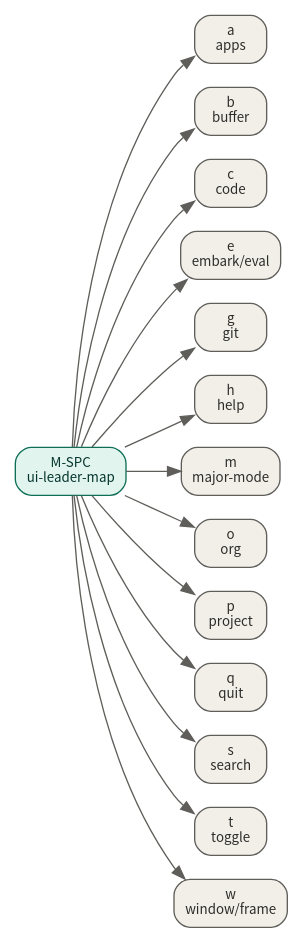
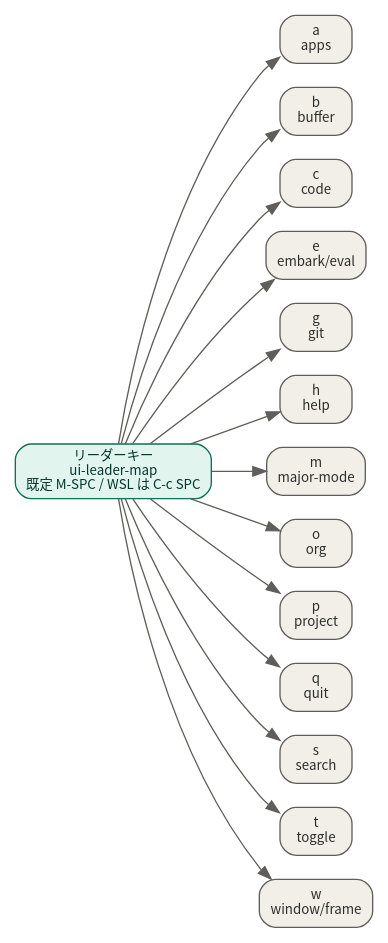
Diagram 11 of 13 in design_spec.org (ac1965/.emacs.d), drawn with Graphviz before and after one commit. The commit also changed other lines of this file, not shown here.

```diff
--- a/design_spec.org
+++ b/design_spec.org
@@ -1217,19 +1259,19 @@
 #+begin_src dot
 digraph leader_keymap {
   rankdir=LR;
   fontname="Noto Sans CJK JP";
   node [shape=box style="rounded,filled" fontname="Noto Sans CJK JP" fontsize=10 fillcolor="#F1EFE8" color="#5F5E5A" fontcolor="#2C2C2A"];
   edge [color="#5F5E5A"];
 
-  root [label="M-SPC\nui-leader-map" fillcolor="#E1F5EE" color="#0F6E56" fontcolor="#04342C"];
+  root [label="リーダーキー\nui-leader-map\n既定 M-SPC / WSL は C-c SPC" fillcolor="#E1F5EE" color="#0F6E56" fontcolor="#04342C"];
 
   a [label="a\napps"]; b [label="b\nbuffer"]; c [label="c\ncode"];
   e [label="e\nembark/eval"]; g [label="g\ngit"]; h [label="h\nhelp"];
   m [label="m\nmajor-mode"]; o [label="o\norg"]; p [label="p\nproject"];
   q [label="q\nquit"]; s [label="s\nsearch"]; t [label="t\ntoggle"];
   w [label="w\nwindow/frame"];
 
   root -> a; root -> b; root -> c; root -> e; root -> g; root -> h;
   root -> m; root -> o; root -> p; root -> q; root -> s; root -> t; root -> w;
 }
 #+end_src
```
